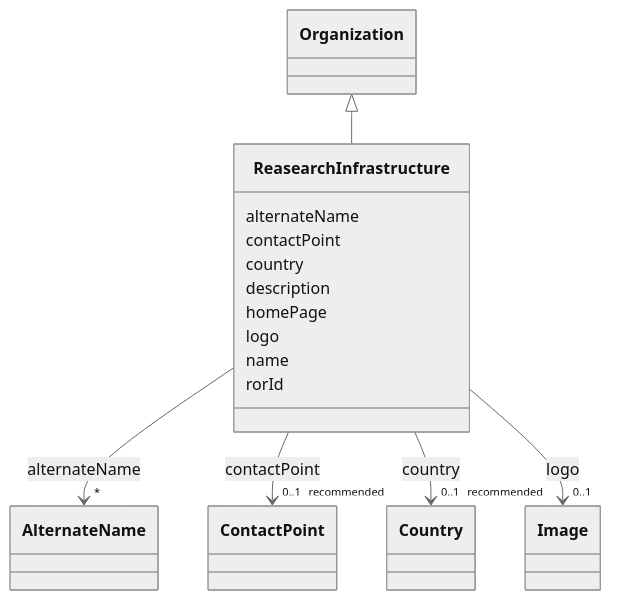
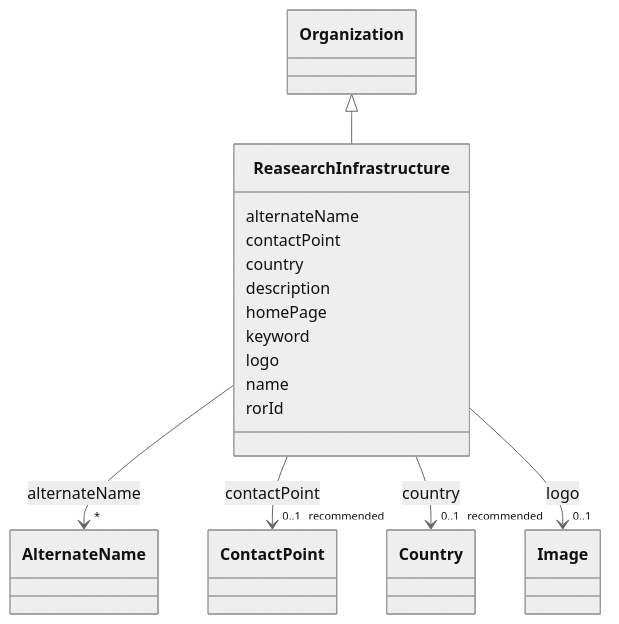
The diagram in models/docs/ReasearchInfrastructure.md (EVORA-project/evora-ontology), drawn with Mermaid (neutral theme) before and after one commit. The commit also changed other lines of this file and 402 other files, not shown here.

````diff
--- a/models/docs/ReasearchInfrastructure.md
+++ b/models/docs/ReasearchInfrastructure.md
@@ -19,53 +19,55 @@
 ```mermaid
  classDiagram
     class ReasearchInfrastructure
     click ReasearchInfrastructure href "../ReasearchInfrastructure"
       Organization <|-- ReasearchInfrastructure
         click Organization href "../Organization"
       
       ReasearchInfrastructure : alternateName
         
           
     
     
     ReasearchInfrastructure --> "*" AlternateName : alternateName
     click AlternateName href "../AlternateName"
 
         
       ReasearchInfrastructure : contactPoint
         
           
     
     
     ReasearchInfrastructure --> "0..1 _recommended_" ContactPoint : contactPoint
     click ContactPoint href "../ContactPoint"
 
         
       ReasearchInfrastructure : country
         
           
     
     
     ReasearchInfrastructure --> "0..1 _recommended_" Country : country
     click Country href "../Country"
 
         
       ReasearchInfrastructure : description
         
       ReasearchInfrastructure : homePage
         
+      ReasearchInfrastructure : keyword
+        
       ReasearchInfrastructure : logo
         
           
     
     
     ReasearchInfrastructure --> "0..1" Image : logo
     click Image href "../Image"
 
         
       ReasearchInfrastructure : name
         
       ReasearchInfrastructure : rorId
         
       
 ```
````
